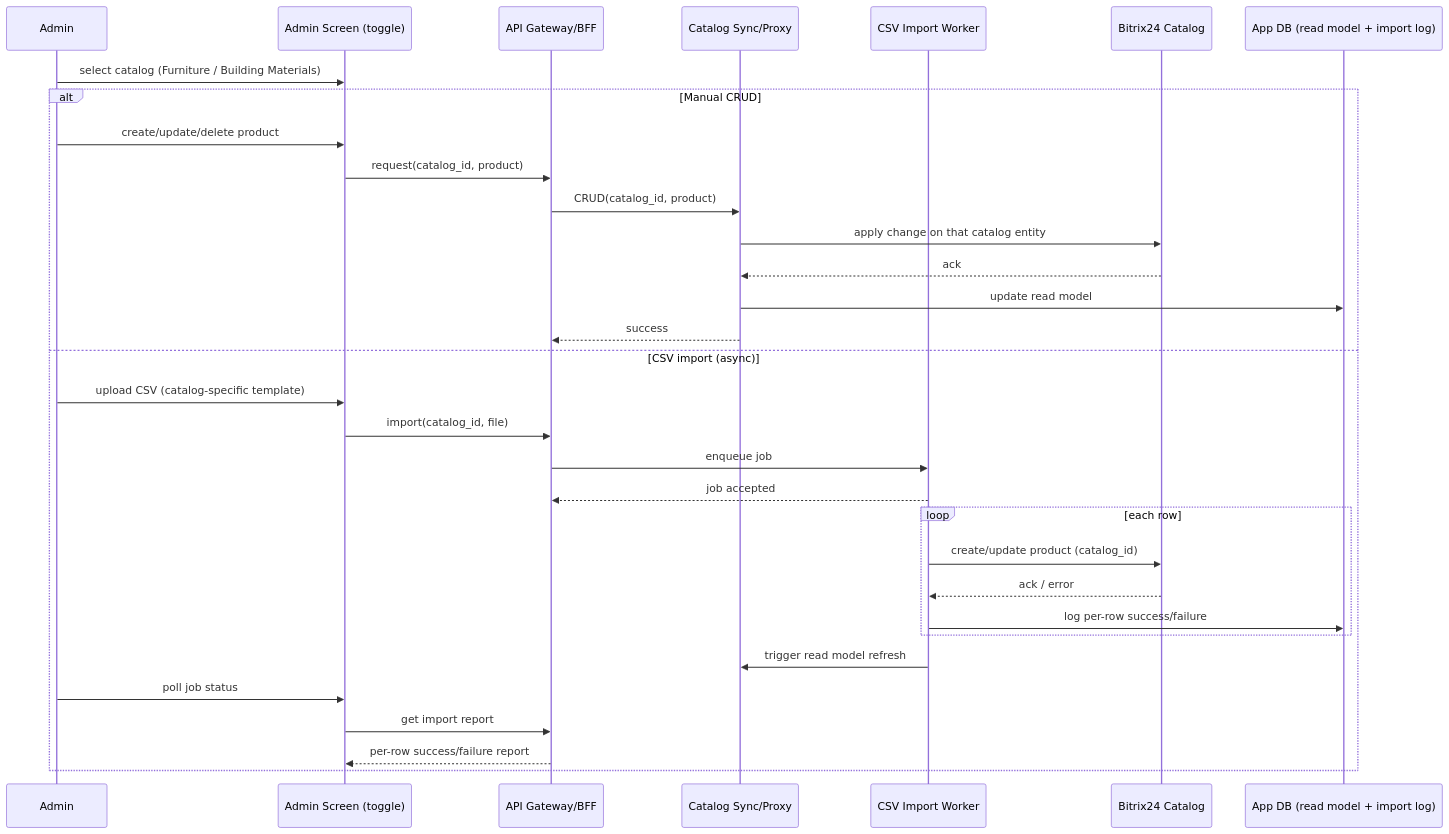
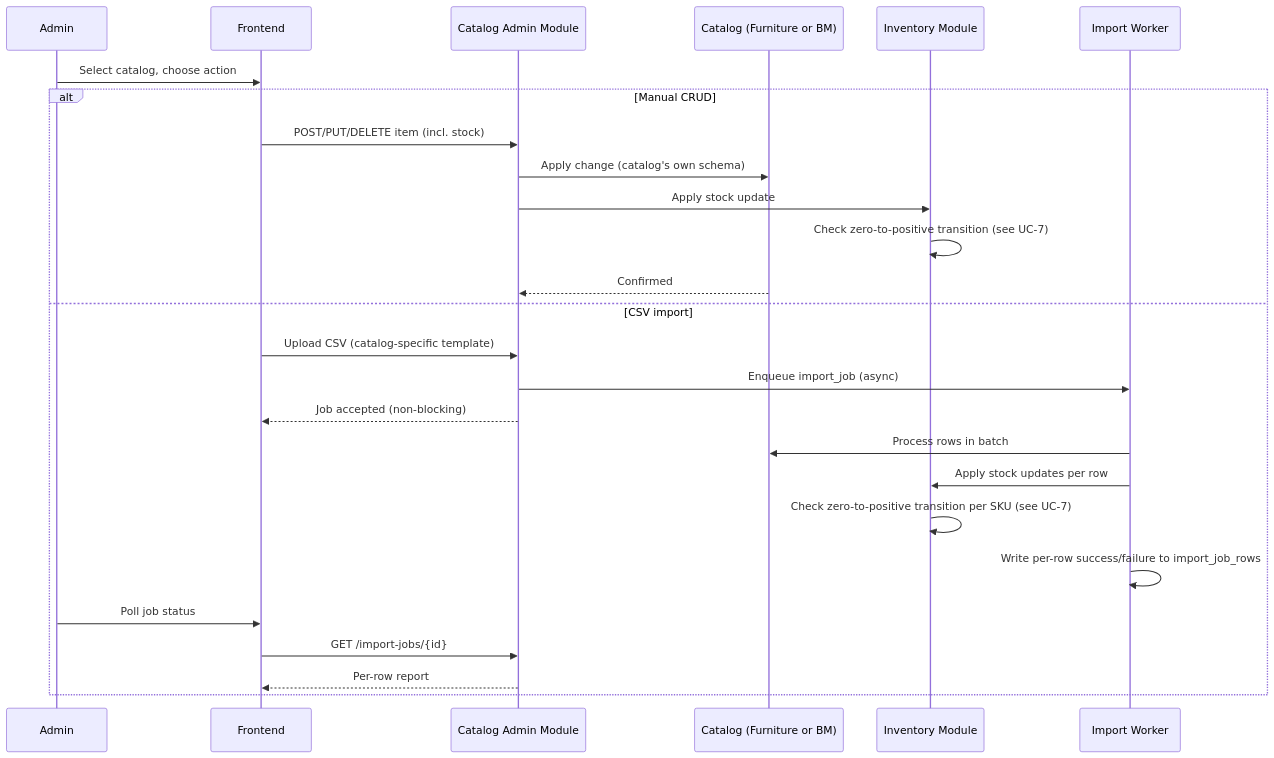
One commit to DzmitryKamashkaInt/business_analysys_pipeline changed the seventh of 11 diagrams in projects/rumica-starter/ready_for_dev_docs/architecture-specification.md. Above: the diagram before and after it, drawn with Mermaid. The commit also changed other lines of this file and 1 other file, not shown here.

````diff
--- a/projects/rumica-starter/ready_for_dev_docs/architecture-specification.md
+++ b/projects/rumica-starter/ready_for_dev_docs/architecture-specification.md
@@ -185,35 +234,29 @@
 ```mermaid
 sequenceDiagram
-    participant Admin
-    participant FE as Admin Screen (toggle)
-    participant GW as API Gateway/BFF
-    participant CS as Catalog Sync/Proxy
-    participant CW as CSV Import Worker
-    participant BX as Bitrix24 Catalog
-    participant DB as App DB (read model + import log)
+    participant A as Admin
+    participant FE as Frontend
+    participant CatAdmin as Catalog Admin Module
+    participant Cat as Catalog (Furniture or BM)
+    participant Inv as Inventory Module
+    participant Job as Import Worker
 
-    Admin->>FE: select catalog (Furniture / Building Materials)
+    A->>FE: Select catalog, choose action
     alt Manual CRUD
-        Admin->>FE: create/update/delete product
-        FE->>GW: request(catalog_id, product)
-        GW->>CS: CRUD(catalog_id, product)
-        CS->>BX: apply change on that catalog entity
-        BX-->>CS: ack
-        CS->>DB: update read model
-        CS-->>GW: success
-    else CSV import (async)
-        Admin->>FE: upload CSV (catalog-specific template)
-        FE->>GW: import(catalog_id, file)
-        GW->>CW: enqueue job
-        CW-->>GW: job accepted
-        loop each row
-            CW->>BX: create/update product (catalog_id)
-            BX-->>CW: ack / error
-            CW->>DB: log per-row success/failure
-        end
-        CW->>CS: trigger read model refresh
-        Admin->>FE: poll job status
-        FE->>GW: get import report
-        GW-->>FE: per-row success/failure report
+        FE->>CatAdmin: POST/PUT/DELETE item (incl. stock)
+        CatAdmin->>Cat: Apply change (catalog's own schema)
+        CatAdmin->>Inv: Apply stock update
+        Inv->>Inv: Check zero-to-positive transition (see UC-7)
+        Cat-->>CatAdmin: Confirmed
+    else CSV import
+        FE->>CatAdmin: Upload CSV (catalog-specific template)
+        CatAdmin->>Job: Enqueue import_job (async)
+        CatAdmin-->>FE: Job accepted (non-blocking)
+        Job->>Cat: Process rows in batch
+        Job->>Inv: Apply stock updates per row
+        Inv->>Inv: Check zero-to-positive transition per SKU (see UC-7)
+        Job->>Job: Write per-row success/failure to import_job_rows
+        A->>FE: Poll job status
+        FE->>CatAdmin: GET /import-jobs/{id}
+        CatAdmin-->>FE: Per-row report
     end
 ```
````
